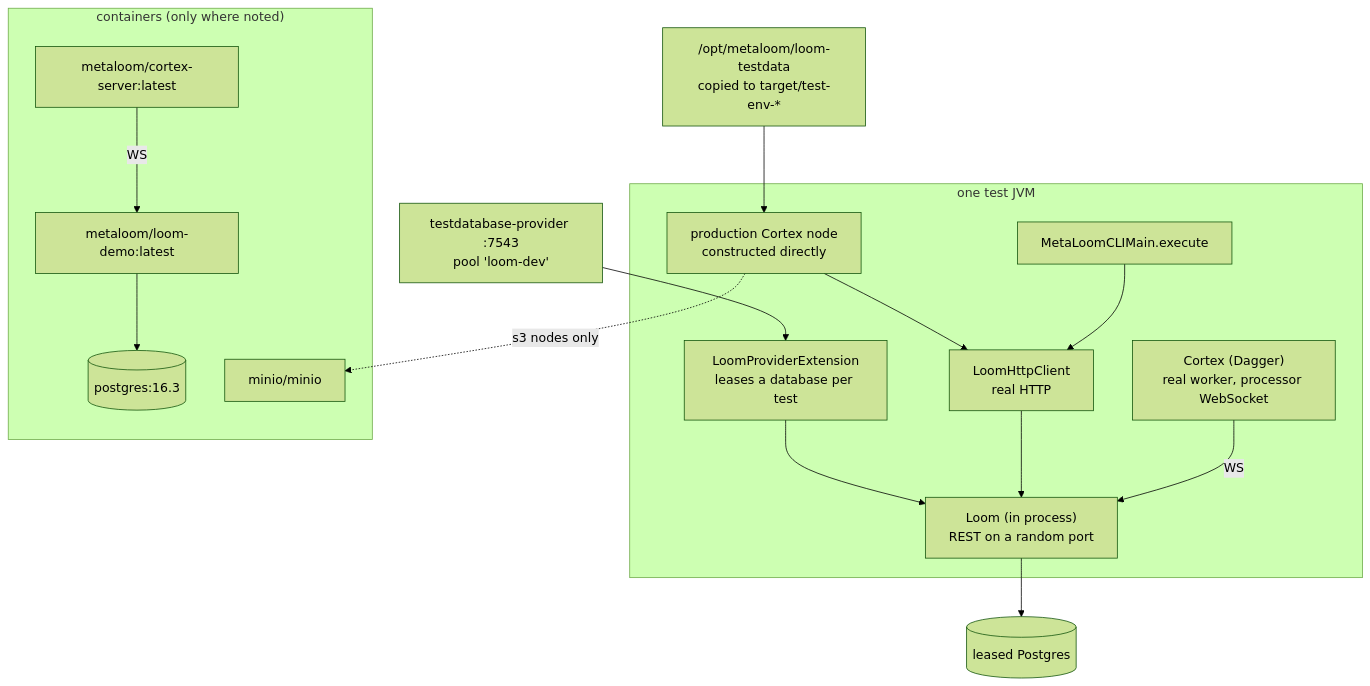
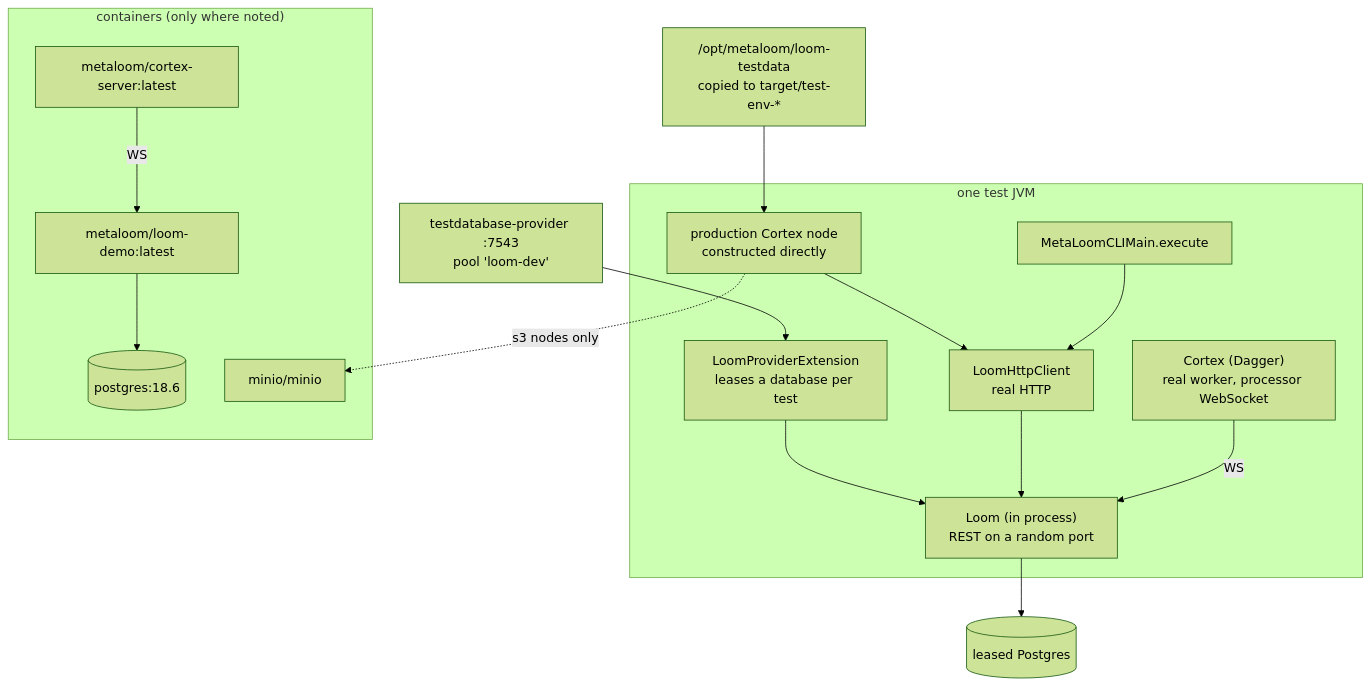
The diagram in spec/test/INTEGRATION_TESTS.md (metaloom/metaloom), drawn with Mermaid (forest theme) before and after one commit. The commit also changed other lines of this file and 85 other files, not shown here.

````diff
--- a/spec/test/INTEGRATION_TESTS.md
+++ b/spec/test/INTEGRATION_TESTS.md
@@ -31,28 +31,28 @@
 ```mermaid
 graph TB
     POOL["testdatabase-provider :7543<br/>pool 'loom-dev'"]
     CORPUS["/opt/metaloom/loom-testdata<br/>copied to target/test-env-*"]
     subgraph JVM["one test JVM"]
         EXT["LoomProviderExtension<br/>leases a database per test"]
         LOOM["Loom (in process)<br/>REST on a random port"]
         CLIENT["LoomHttpClient<br/>real HTTP"]
         NODE["production Cortex node<br/>constructed directly"]
         CORTEX["Cortex (Dagger)<br/>real worker, processor WebSocket"]
         CLI["MetaLoomCLIMain.execute"]
     end
     subgraph DOCKER["containers (only where noted)"]
-        PGC[("postgres:16.3")]
+        PGC[("postgres:18.6")]
         LOOMC["metaloom/loom-demo:latest"]
         CTXC["metaloom/cortex-server:latest"]
         MINIO["minio/minio"]
     end
     POOL --> EXT --> LOOM
     CORPUS --> NODE
     NODE --> CLIENT --> LOOM
     CORTEX -->|WS| LOOM
     CLI --> CLIENT
     LOOM --> PG[("leased Postgres")]
     LOOMC --> PGC
     CTXC -->|WS| LOOMC
     NODE -.->|s3 nodes only| MINIO
 ```
````
